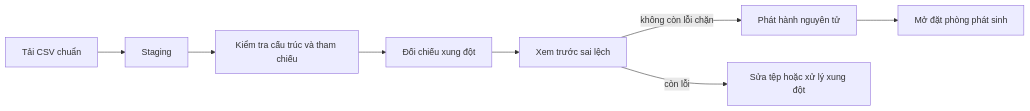
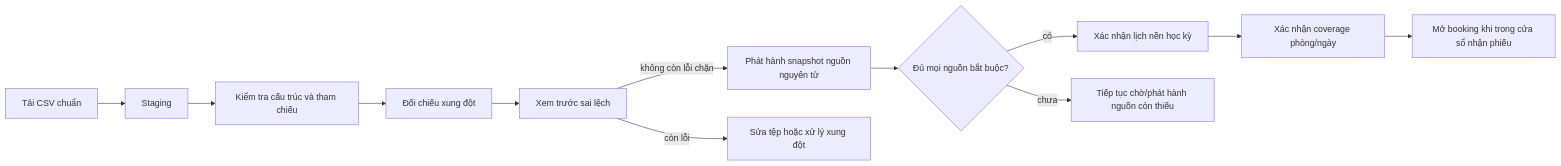
Before and after one commit to lvhoaa01/SystemRegistrationAndClassroomUsageManagement: the second of 2 diagrams in DESCRIPTION_ROOM_BOOKING_DRAFT.md, drawn with Mermaid. The commit also changed other lines of this file and 2 other files, not shown here.

````diff
--- a/DESCRIPTION_ROOM_BOOKING_DRAFT.md
+++ b/DESCRIPTION_ROOM_BOOKING_DRAFT.md
@@ -245,10 +268,14 @@
 ```mermaid
 flowchart LR
     A[Tải CSV chuẩn] --> B[Staging]
     B --> C[Kiểm tra cấu trúc và tham chiếu]
     C --> D[Đối chiếu xung đột]
     D --> E[Xem trước sai lệch]
-    E -->|không còn lỗi chặn| F[Phát hành nguyên tử]
+    E -->|không còn lỗi chặn| F[Phát hành snapshot nguồn nguyên tử]
     E -->|còn lỗi| G[Sửa tệp hoặc xử lý xung đột]
-    F --> H[Mở đặt phòng phát sinh]
+    F --> H{Đủ mọi nguồn bắt buộc?}
+    H -->|có| I[Xác nhận lịch nền học kỳ]
+    I --> J[Xác nhận coverage phòng/ngày]
+    J --> K[Mở booking khi trong cửa sổ nhận phiếu]
+    H -->|chưa| L[Tiếp tục chờ/phát hành nguồn còn thiếu]
 ```
````
